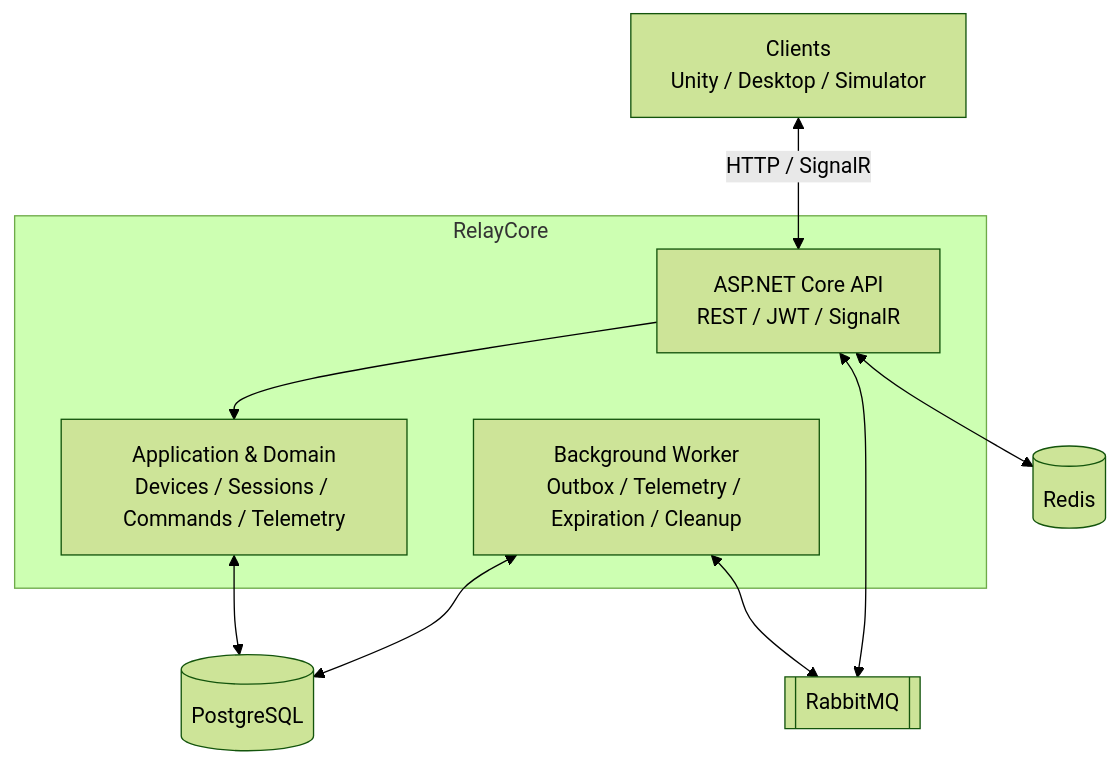
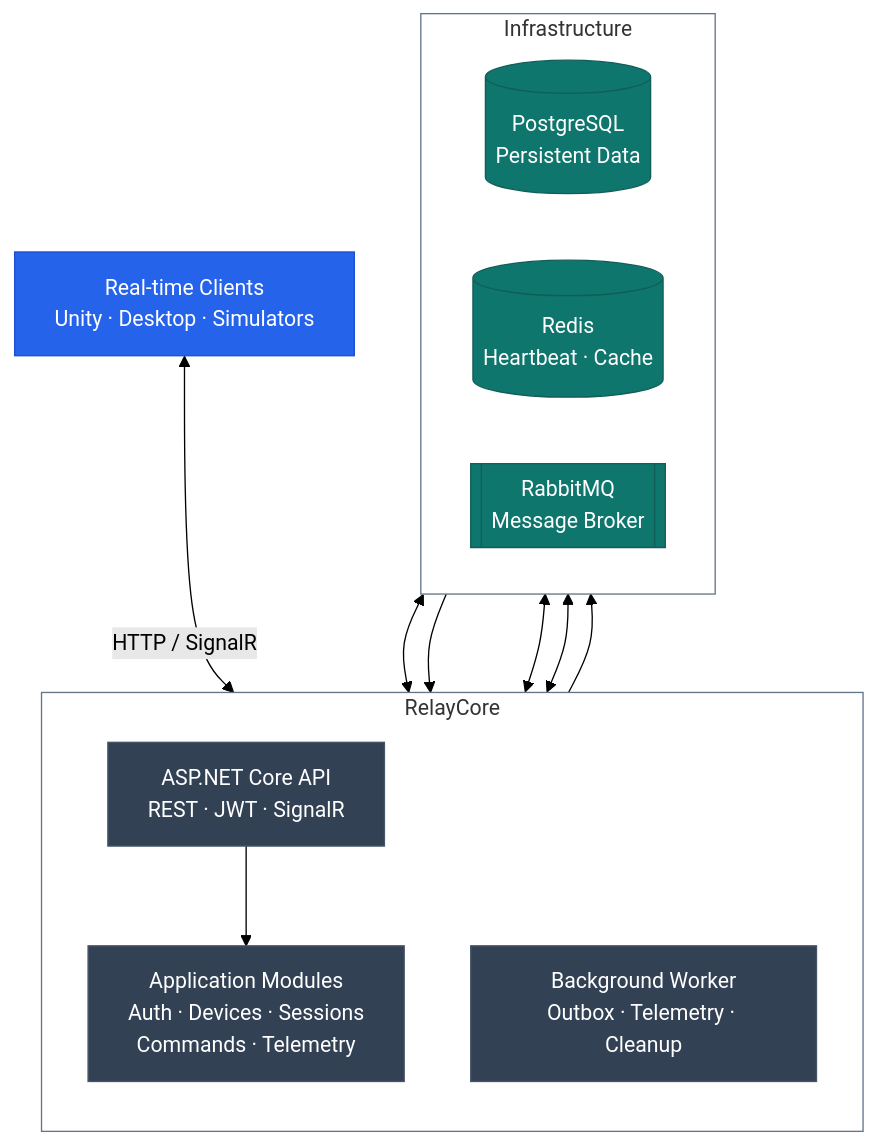
The diagram in README.md (ogg17/RelayCore), drawn with Mermaid (forest theme) before and after one commit. The commit also changed other lines of this file, not shown here.

````diff
--- a/README.md
+++ b/README.md
@@ -42,22 +42,40 @@
 ```mermaid
 flowchart TB
-    CLIENT["Clients<br/>Unity / Desktop / Simulator"]
+    C["Real-time Clients<br/>Unity · Desktop · Simulators"]
 
     subgraph APP["RelayCore"]
-        API["ASP.NET Core API<br/>REST / JWT / SignalR"]
-        CORE["Application & Domain<br/>Devices / Sessions / Commands / Telemetry"]
-        WORKER["Background Worker<br/>Outbox / Telemetry / Expiration / Cleanup"]
+        direction TB
+        API["ASP.NET Core API<br/>REST · JWT · SignalR"]
+        CORE["Application Modules<br/>Auth · Devices · Sessions<br/>Commands · Telemetry"]
+        WORKER["Background Worker<br/>Outbox · Telemetry · Cleanup"]
+
         API --> CORE
     end
 
-    PG[(PostgreSQL)]
-    REDIS[(Redis)]
-    MQ[[RabbitMQ]]
+    subgraph INFRA["Infrastructure"]
+        direction LR
+        PG[("PostgreSQL<br/>Persistent Data")]
+        RD[("Redis<br/>Heartbeat · Cache")]
+        MQ[["RabbitMQ<br/>Message Broker"]]
+    end
 
-    CLIENT <-->|"HTTP / SignalR"| API
+    C <-->|HTTP / SignalR| API
+
     CORE <--> PG
-    API <--> REDIS
-    WORKER <--> PG
-    WORKER <--> MQ
-    API <--> MQ
+    CORE <--> RD
+    CORE --> MQ
+
+    PG <--> WORKER
+    MQ --> WORKER
+
+    classDef client fill:#2563eb,stroke:#1d4ed8,color:#ffffff
+    classDef service fill:#334155,stroke:#475569,color:#ffffff
+    classDef storage fill:#0f766e,stroke:#115e59,color:#ffffff
+
+    class C client
+    class API,CORE,WORKER service
+    class PG,RD,MQ storage
+
+    style APP fill:none,stroke:#64748b,stroke-width:1px
+    style INFRA fill:none,stroke:#64748b,stroke-width:1px
 ```
````
